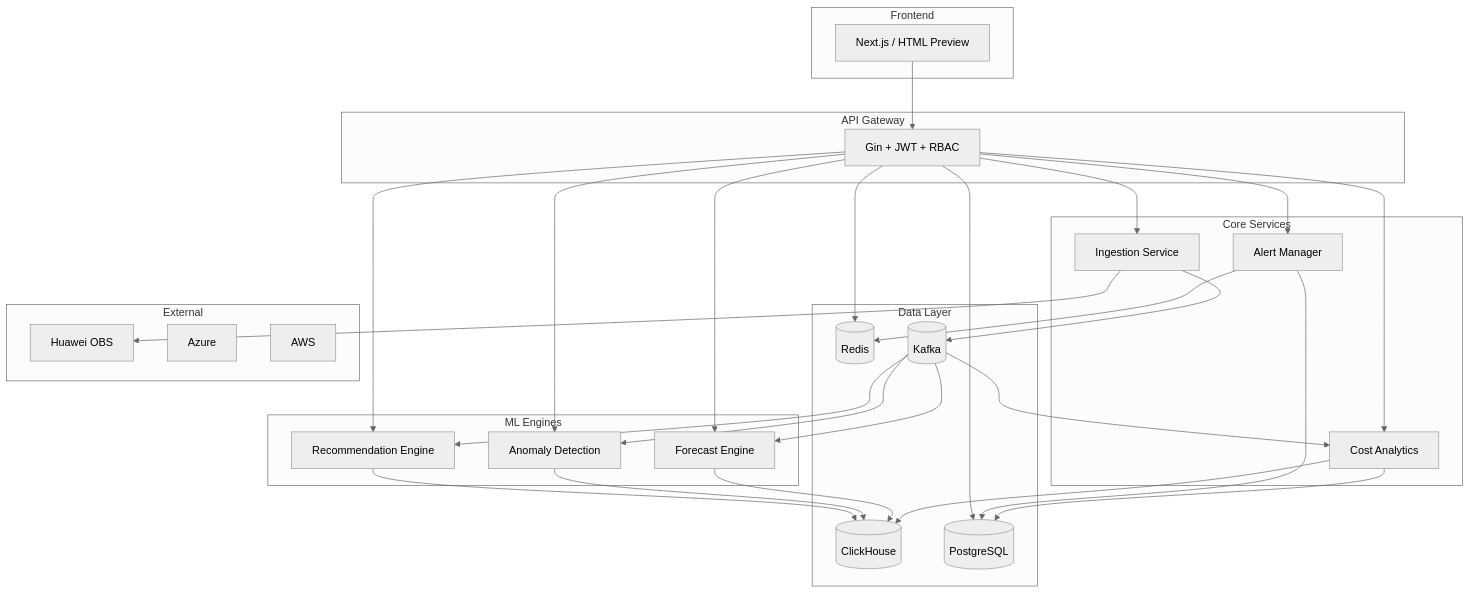
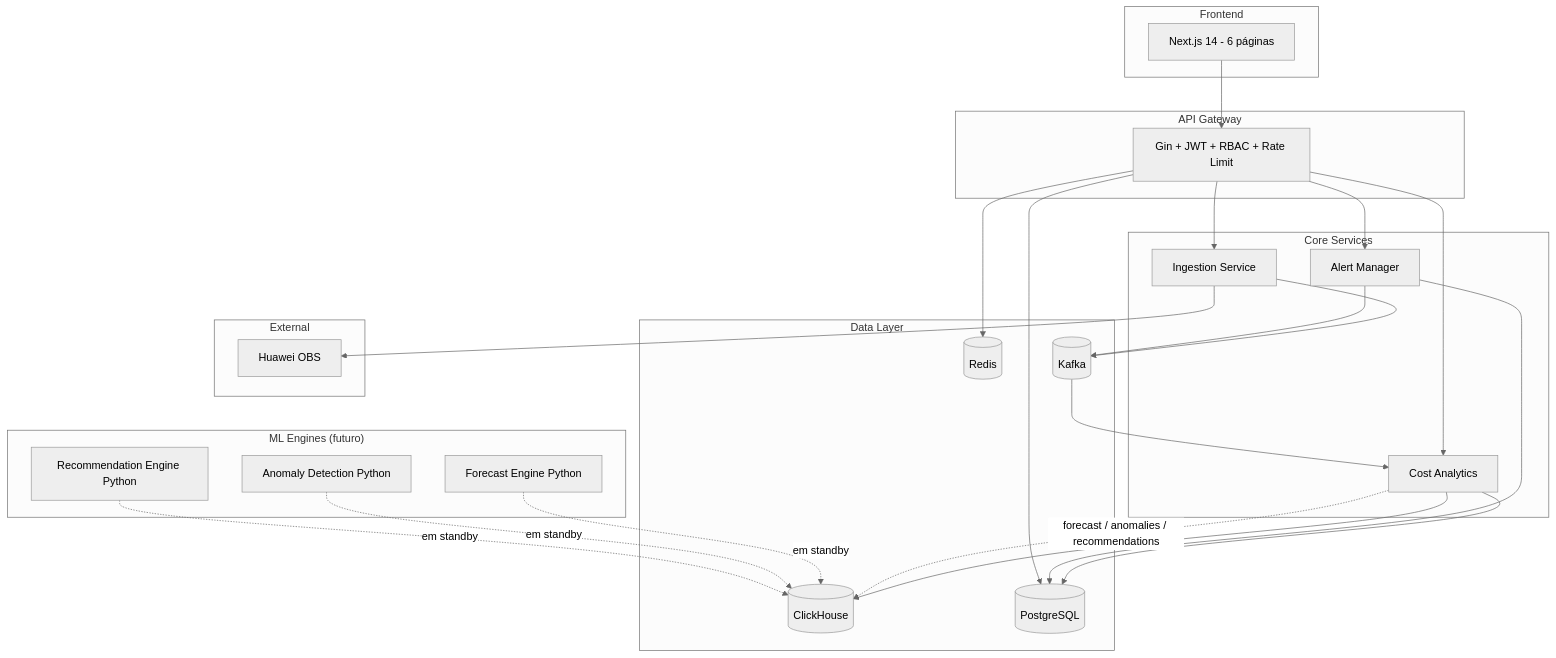
One commit to vlds-git/finops-platform changed the first of 6 diagrams in docs/ARCHITECTURE.md. Above: the diagram before and after it, drawn with Mermaid (neutral theme). The commit also changed other lines of this file and 9 other files, not shown here.

Commit message:
docs: cria ROADMAP.md e atualiza arquitetura, admin, deploy, UI, manifest, security e troubleshooting para versão atual

````diff
--- a/docs/ARCHITECTURE.md
+++ b/docs/ARCHITECTURE.md
@@ -9,60 +9,54 @@
 ```mermaid
 graph TB
     subgraph "Frontend"
-        FE[Next.js / HTML Preview]
+        FE[Next.js 14 - 6 páginas]
     end
 
     subgraph "API Gateway"
-        GW[Gin + JWT + RBAC]
+        GW[Gin + JWT + RBAC + Rate Limit]
     end
 
     subgraph "Core Services"
         ING[Ingestion Service]
         CA[Cost Analytics]
         AL[Alert Manager]
     end
 
-    subgraph "ML Engines"
-        FC[Forecast Engine]
-        AN[Anomaly Detection]
-        REC[Recommendation Engine]
+    subgraph "ML Engines (futuro)"
+        FC[Forecast Engine Python]
+        AN[Anomaly Detection Python]
+        REC[Recommendation Engine Python]
     end
 
     subgraph "Data Layer"
         CH[(ClickHouse)]
         PG[(PostgreSQL)]
         RD[(Redis)]
         KF[(Kafka)]
     end
 
     subgraph "External"
         OBS[Huawei OBS]
-        AZ[Azure]
-        AWS[AWS]
     end
 
     FE --> GW
     GW --> ING
     GW --> CA
     GW --> AL
-    GW --> FC
-    GW --> AN
-    GW --> REC
 
     ING --> OBS
     ING --> KF
     KF --> CA
-    KF --> FC
-    KF --> AN
-    KF --> REC
 
     CA --> CH
     CA --> PG
-    FC --> CH
-    AN --> CH
-    REC --> CH
+    CA -.->|forecast / anomalies / recommendations| CH
     AL --> PG
-    AL --> RD
+    AL --> KF
     GW --> PG
     GW --> RD
+
+    FC -.->|em standby| CH
+    AN -.->|em standby| CH
+    REC -.->|em standby| CH
 ```
````
